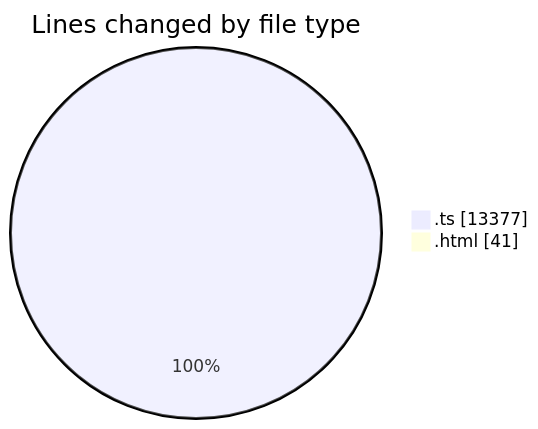
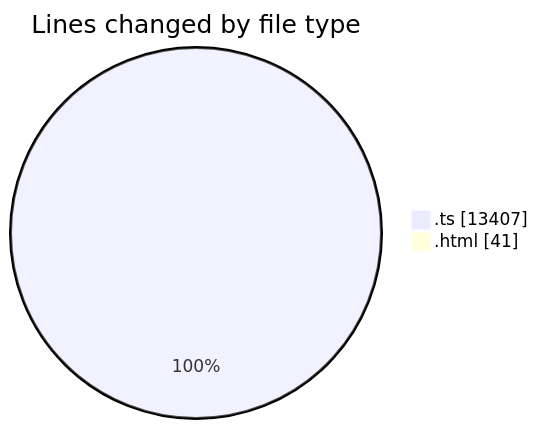
One commit to tmsrecording-cyber/code-tracking changed the first of 2 diagrams in 2026-02-08/singularitybrainai/README.md. Above: the diagram before and after it, drawn with Mermaid. The commit also changed other lines of this file and 1 other file, not shown here.

````diff
--- a/2026-02-08/singularitybrainai/README.md
+++ b/2026-02-08/singularitybrainai/README.md
@@ -37,6 +37,6 @@
 ```mermaid
 pie showData
 title Lines changed by file type
-".ts" : 13377
+".ts" : 13407
 ".html" : 41
 ```
````
